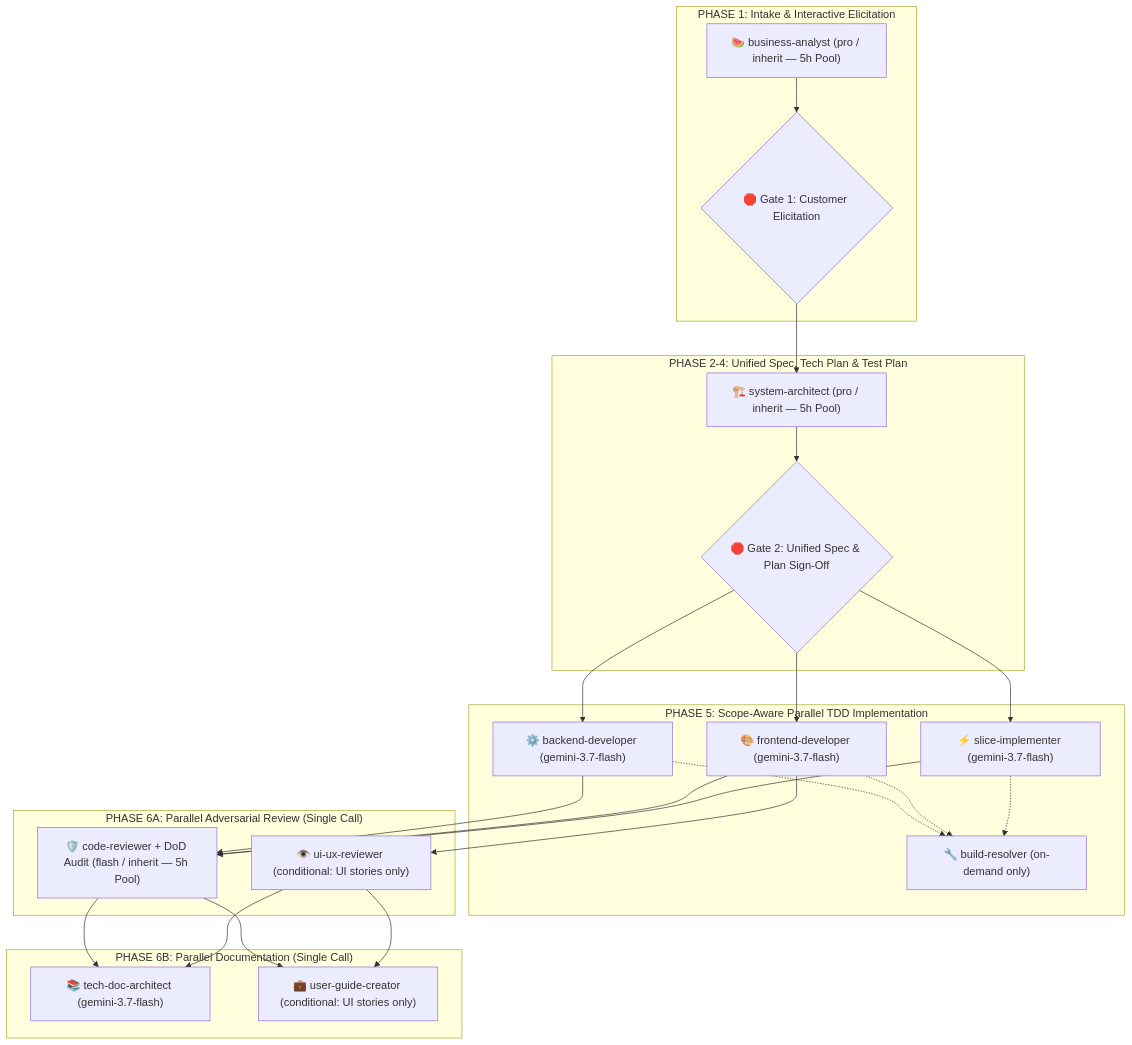
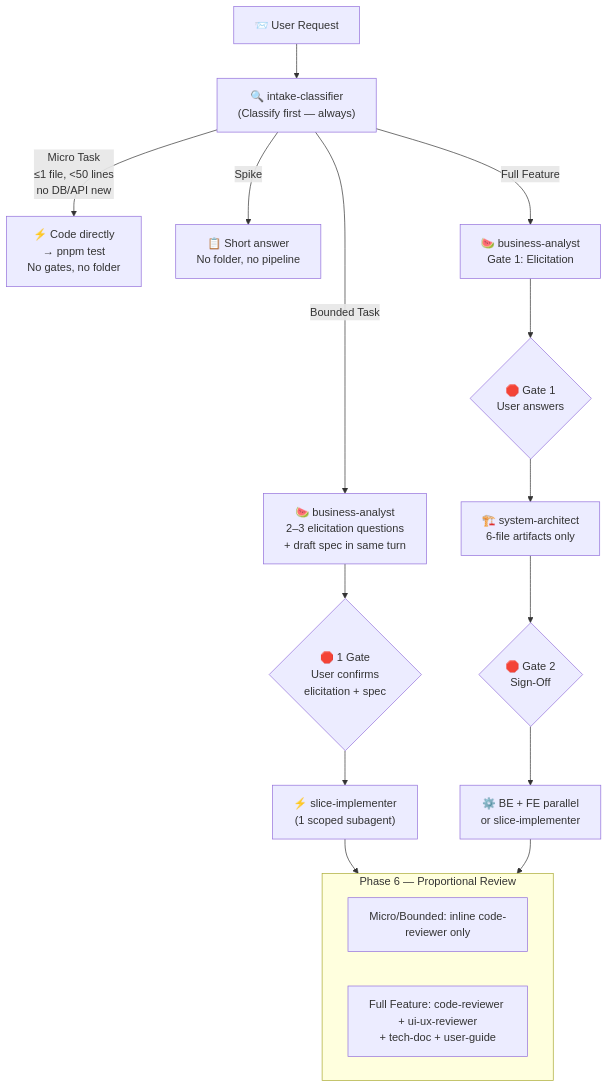
One commit to ahauy/WordStreak changed the diagram in GEMINI.md. Above: the diagram before and after it, drawn with Mermaid. The commit also changed other lines of this file and 1 other file, not shown here.

Commit message:
chore(governance): update pipeline to 4-track (Micro Task, single orchestrator, proportional review)

````diff
--- a/GEMINI.md
+++ b/GEMINI.md
@@ -97,47 +99,26 @@
 ```mermaid
-graph TD
-    subgraph P1 ["PHASE 1: Intake & Interactive Elicitation"]
-        BA["🍉 business-analyst (pro / inherit — 5h Pool)"]
-        G1{"🛑 Gate 1: Customer Elicitation"}
-        BA --> G1
+flowchart TD
+    R["📨 User Request"] --> CL["🔍 intake-classifier\n(Classify first — always)"]
+
+    CL -->|"Micro Task\n≤1 file, <50 lines\nno DB/API new"| MT["⚡ Code directly\n→ pnpm test\nNo gates, no folder"]
+
+    CL -->|Spike| SP["📋 Short answer\nNo folder, no pipeline"]
+
+    CL -->|Bounded Task| BT["🍉 business-analyst\n2–3 elicitation questions\n+ draft spec in same turn"]
+    BT --> BG{"🛑 1 Gate\nUser confirms\nelicitation + spec"}
+    BG --> SI["⚡ slice-implementer\n(1 scoped subagent)"]
+
+    CL -->|Full Feature| FF["🍉 business-analyst\nGate 1: Elicitation"]
+    FF --> G1{"🛑 Gate 1\nUser answers"}
+    G1 --> SA["🏗️ system-architect\n6-file artifacts only"]
+    SA --> G2{"🛑 Gate 2\nSign-Off"}
+    G2 --> IMPL["⚙️ BE + FE parallel\nor slice-implementer"]
+
+    SI --> REV6
+    IMPL --> REV6
+
+    subgraph REV6 ["Phase 6 — Proportional Review"]
+        R1["Micro/Bounded: inline code-reviewer only"]
+        R2["Full Feature: code-reviewer + ui-ux-reviewer\n+ tech-doc + user-guide"]
     end
-
-    subgraph P2 ["PHASE 2-4: Unified Spec, Tech Plan & Test Plan"]
-        SA["🏗️ system-architect (pro / inherit — 5h Pool)"]
-        G2{"🛑 Gate 2: Unified Spec & Plan Sign-Off"}
-        G1 --> SA --> G2
-    end
-
-    subgraph P5 ["PHASE 5: Scope-Aware Parallel TDD Implementation"]
-        BE["⚙️ backend-developer (gemini-3.7-flash)"]
-        FE["🎨 frontend-developer (gemini-3.7-flash)"]
-        SI["⚡ slice-implementer (gemini-3.7-flash)"]
-        BR["🔧 build-resolver (on-demand only)"]
-
-        G2 --> BE
-        G2 --> FE
-        G2 --> SI
-        BE -.-> BR
-        FE -.-> BR
-        SI -.-> BR
-    end
-
-    subgraph P6A ["PHASE 6A: Parallel Adversarial Review (Single Call)"]
-        CR["🛡️ code-reviewer + DoD Audit (flash / inherit — 5h Pool)"]
-        UR["👁️ ui-ux-reviewer (conditional: UI stories only)"]
-    end
-
-    subgraph P6B ["PHASE 6B: Parallel Documentation (Single Call)"]
-        TD["📚 tech-doc-architect (gemini-3.7-flash)"]
-        UG["💼 user-guide-creator (conditional: UI stories only)"]
-    end
-
-    BE --> CR
-    FE --> CR
-    SI --> CR
-    FE --> UR
-    CR --> TD
-    CR --> UG
-    UR --> TD
-    UR --> UG
 ```
````
